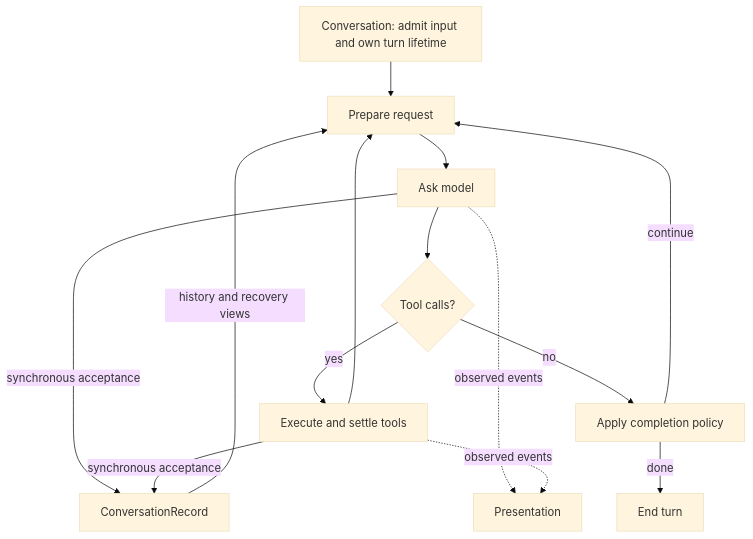
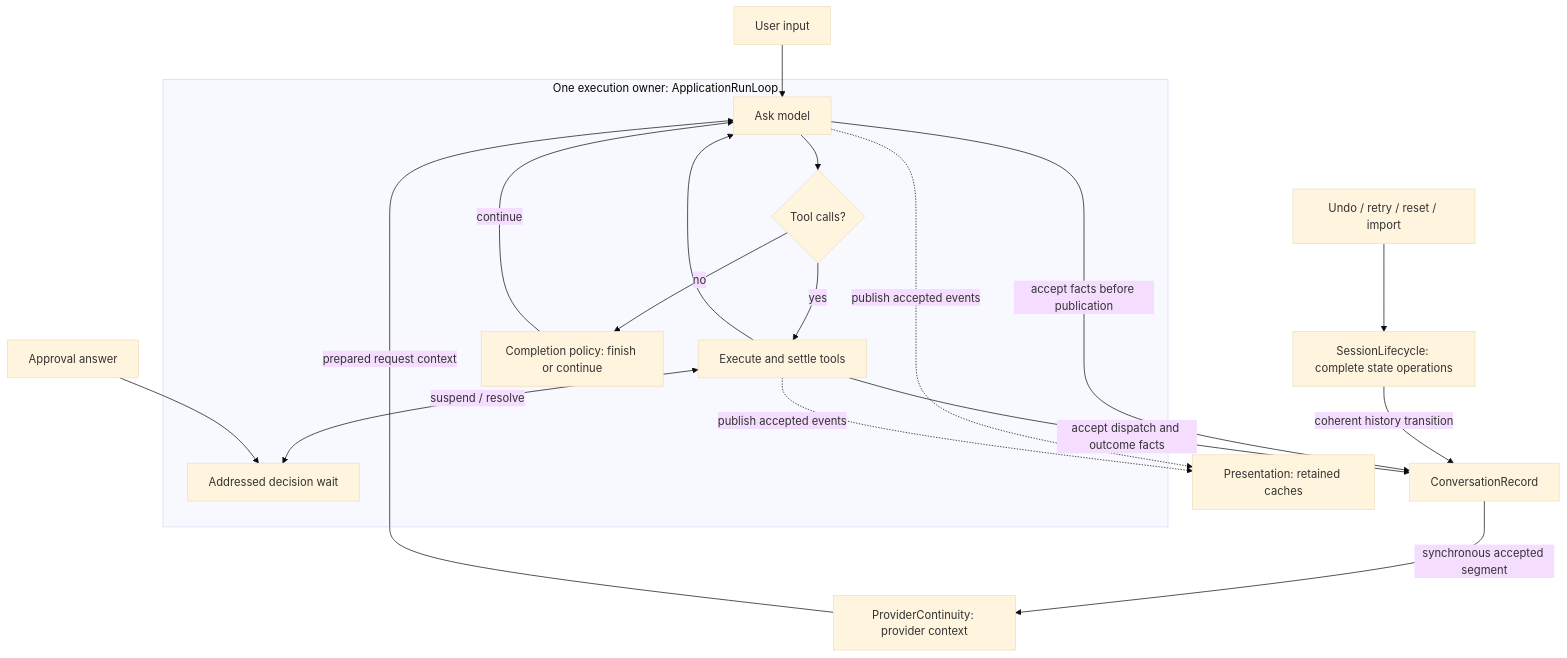
One commit to qduc/term2 changed the diagram in docs/design/conversation-core.md. Above: the diagram before and after it, drawn with Mermaid (base theme). The commit also changed other lines of this file and 29 other files, not shown here.

Commit message:
Simplify session boundaries around accepted conversation facts

````diff
--- a/docs/design/conversation-core.md
+++ b/docs/design/conversation-core.md
@@ -10,16 +10,21 @@
 ```mermaid
 flowchart TD
-    Conversation[Conversation: admit input and own turn lifetime] --> Prepare[Prepare request]
-    Prepare --> Model[Ask model]
-    Model --> Calls{Tool calls?}
-    Calls -->|yes| Tools[Execute and settle tools]
-    Tools --> Prepare
-    Calls -->|no| Finish[Apply completion policy]
-    Finish -->|continue| Prepare
-    Finish -->|done| End[End turn]
-    Model -->|synchronous acceptance| Record[ConversationRecord]
-    Tools -->|synchronous acceptance| Record
-    Record -->|history and recovery views| Prepare
-    Model -. observed events .-> Presentation[Presentation]
-    Tools -. observed events .-> Presentation
+    Input[User input] --> Loop
+    subgraph Runtime[One execution owner: ApplicationRunLoop]
+        Loop[Ask model] --> Calls{Tool calls?}
+        Calls -->|yes| Tools[Execute and settle tools]
+        Tools --> Loop
+        Calls -->|no| Finish[Completion policy: finish or continue]
+        Finish -->|continue| Loop
+        Tools <-->|suspend / resolve| Decision[Addressed decision wait]
+    end
+    Answer[Approval answer] --> Decision
+    Loop -->|accept facts before publication| Record[ConversationRecord]
+    Tools -->|accept dispatch and outcome facts| Record
+    Record -->|synchronous accepted segment| Context[ProviderContinuity: provider context]
+    Context -->|prepared request context| Loop
+    Loop -. publish accepted events .-> Display[Presentation: retained caches]
+    Tools -. publish accepted events .-> Display
+    Commands[Undo / retry / reset / import] --> Lifecycle[SessionLifecycle: complete state operations]
+    Lifecycle -->|coherent history transition| Record
 ```
````
